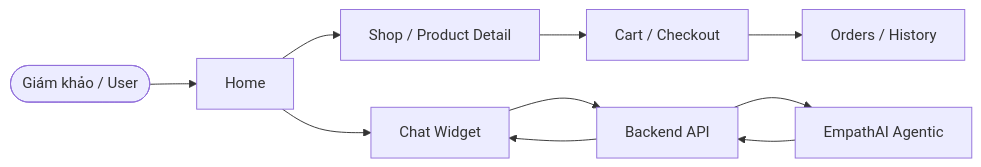
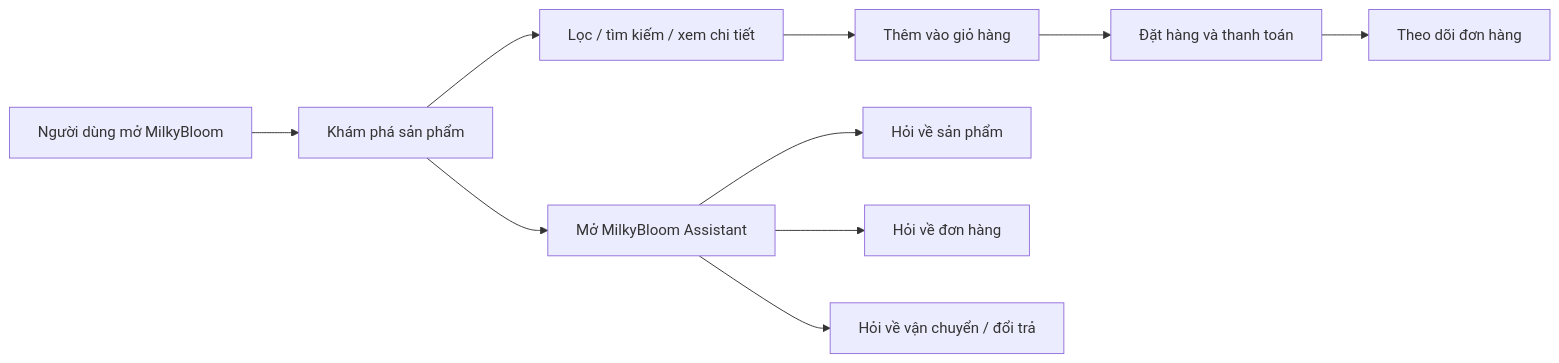
The first of 2 diagrams in README.md (QuangVoAI/MilkyBloomVibeCode), drawn with Mermaid before and after one commit. The commit also changed other lines of this file and 2 other files, not shown here.

Commit message:
Redesign README as product showcase

````diff
--- a/README.md
+++ b/README.md
@@ -36,12 +121,12 @@
 ```mermaid
 flowchart LR
-    U([Giám khảo / User]) --> H[Home]
-    H --> S[Shop / Product Detail]
-    S --> C[Cart / Checkout]
-    H --> A[Chat Widget]
-    A --> B[Backend API]
-    B --> E[EmpathAI Agentic]
-    E --> B
-    B --> A
-    C --> O[Orders / History]
+    A[Người dùng mở MilkyBloom] --> B[Khám phá sản phẩm]
+    B --> C[Lọc / tìm kiếm / xem chi tiết]
+    C --> D[Thêm vào giỏ hàng]
+    D --> E[Đặt hàng và thanh toán]
+    E --> F[Theo dõi đơn hàng]
+    B --> G[Mở MilkyBloom Assistant]
+    G --> H[Hỏi về sản phẩm]
+    G --> I[Hỏi về đơn hàng]
+    G --> J[Hỏi về vận chuyển / đổi trả]
 ```
````
